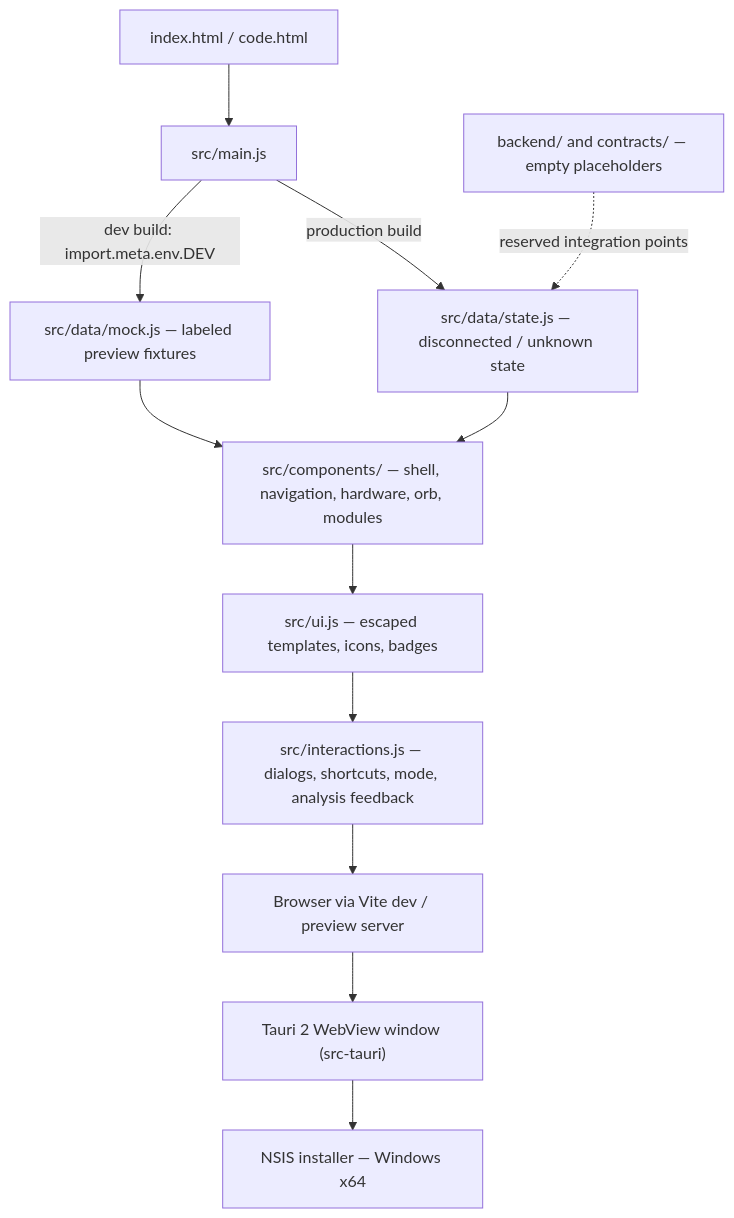
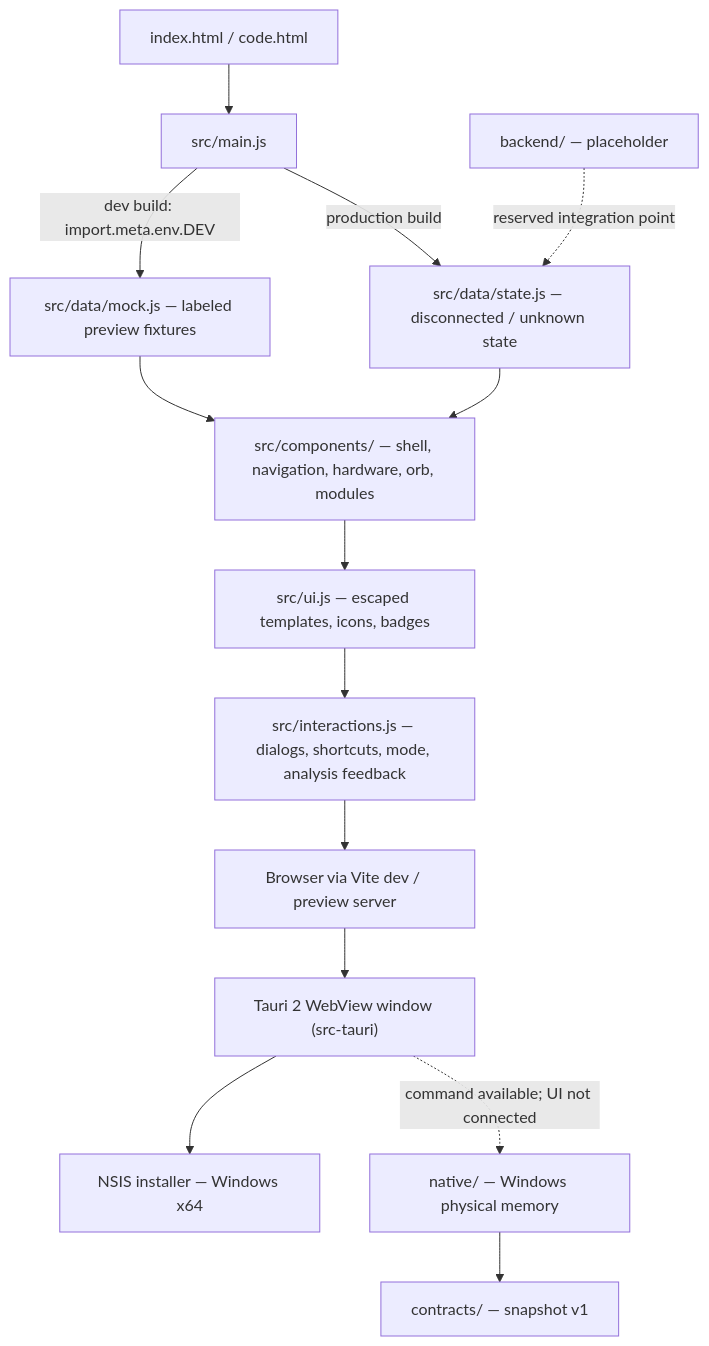
The diagram in README.md (brielmarca/projeto-knr), drawn with Mermaid before and after one commit. The commit also changed other lines of this file and 25 other files, not shown here.

Commit message:
feat: expose native memory snapshots through scoped Tauri IPC

````diff
--- a/README.md
+++ b/README.md
@@ -109,14 +110,16 @@
 ```mermaid
 flowchart TD
     A["index.html / code.html"] --> B["src/main.js"]
     B -->|"dev build: import.meta.env.DEV"| C["src/data/mock.js — labeled preview fixtures"]
     B -->|"production build"| D["src/data/state.js — disconnected / unknown state"]
     C --> E["src/components/ — shell, navigation, hardware, orb, modules"]
     D --> E
     E --> F["src/ui.js — escaped templates, icons, badges"]
     F --> G["src/interactions.js — dialogs, shortcuts, mode, analysis feedback"]
     G --> H["Browser via Vite dev / preview server"]
     H --> I["Tauri 2 WebView window (src-tauri)"]
     I --> J["NSIS installer — Windows x64"]
-    K["backend/ and contracts/ — empty placeholders"] -.->|reserved integration points| D
+    K["backend/ — placeholder"] -.->|reserved integration point| D
+    I -.->|command available; UI not connected| L["native/ — Windows physical memory"]
+    L --> M["contracts/ — snapshot v1"]
 ```
````
